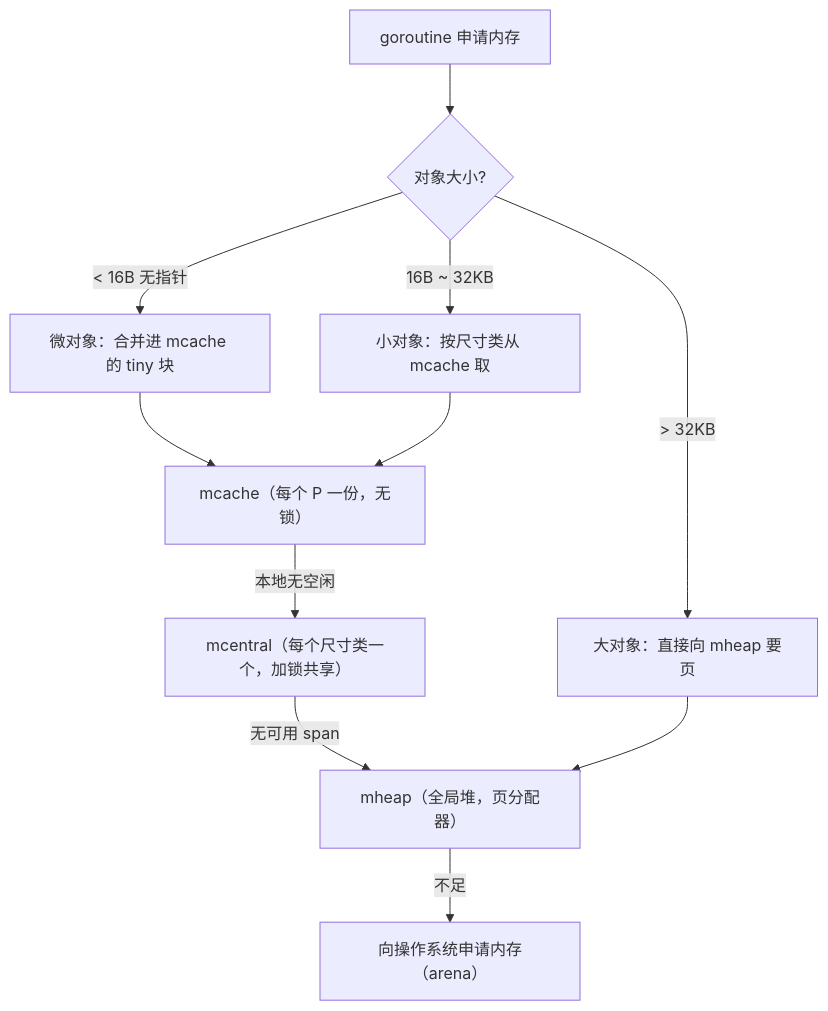
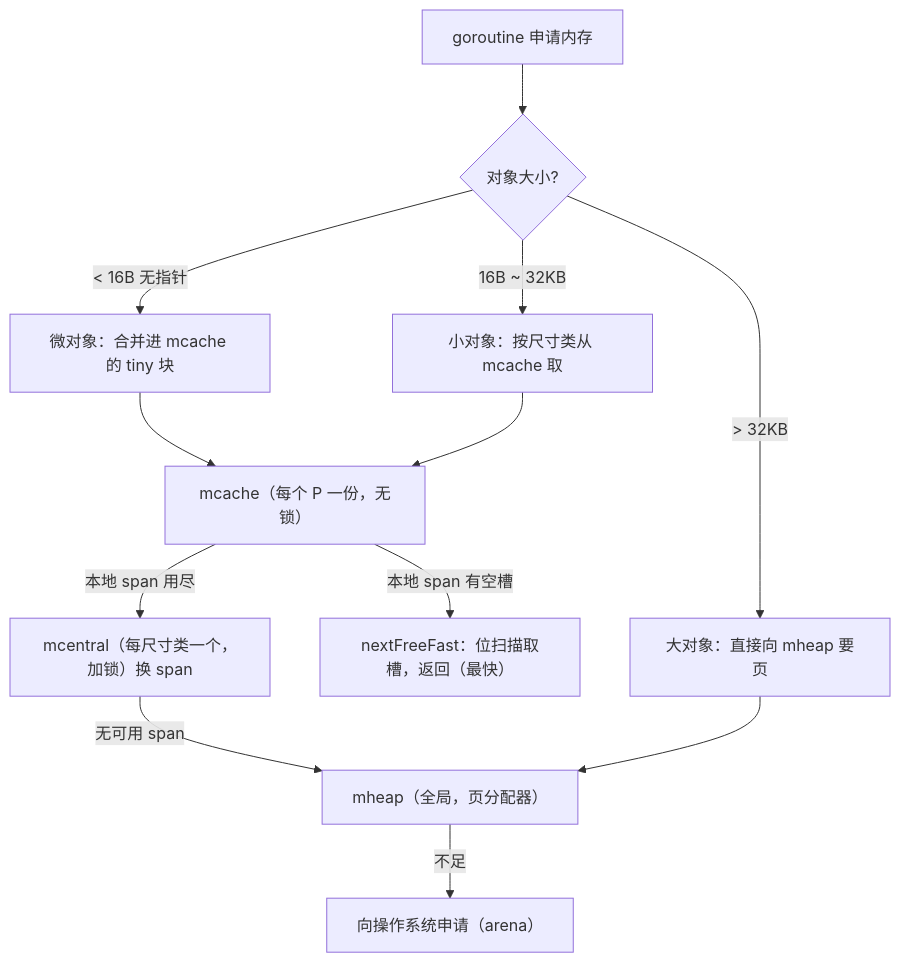
The diagram in book/zh-cn/part4memory/ch12alloc/component.md (golang-design/under-the-hood), drawn with Mermaid before and after one commit. The commit also changed other lines of this file, not shown here.

````diff
--- a/book/zh-cn/part4memory/ch12alloc/component.md
+++ b/book/zh-cn/part4memory/ch12alloc/component.md
@@ -13,13 +170,14 @@
 ```mermaid
 flowchart TD
     G["goroutine 申请内存"] --> SIZE{对象大小?}
     SIZE -->|< 16B 无指针| TINY["微对象：合并进 mcache 的 tiny 块"]
     SIZE -->|16B ~ 32KB| SMALL["小对象：按尺寸类从 mcache 取"]
     SIZE -->|> 32KB| LARGE["大对象：直接向 mheap 要页"]
     TINY --> MC["mcache（每个 P 一份，无锁）"]
     SMALL --> MC
-    MC -->|本地无空闲| MCENT["mcentral（每个尺寸类一个，加锁共享）"]
-    MCENT -->|无可用 span| MHEAP["mheap（全局堆，页分配器）"]
+    MC -->|本地 span 有空槽| FAST["nextFreeFast：位扫描取槽，返回（最快）"]
+    MC -->|本地 span 用尽| MCENT["mcentral（每尺寸类一个，加锁）换 span"]
+    MCENT -->|无可用 span| MHEAP["mheap（全局，页分配器）"]
     LARGE --> MHEAP
-    MHEAP -->|不足| OS["向操作系统申请内存（arena）"]
+    MHEAP -->|不足| OS["向操作系统申请（arena）"]
 ```
````
